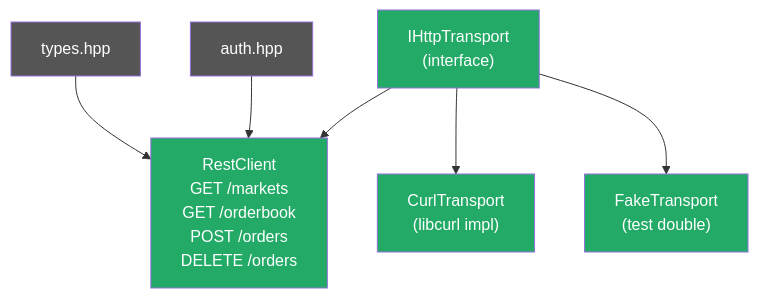
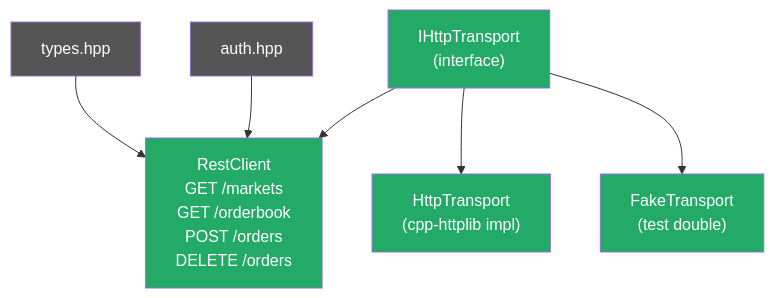
One commit to jfreun123/kalshi-market-maker changed the fourth of 12 diagrams in PLAN.md. Above: the diagram before and after it, drawn with Mermaid. The commit also changed other lines of this file and 11 other files, not shown here.

````diff
--- a/PLAN.md
+++ b/PLAN.md
@@ -170,22 +170,22 @@
 ```mermaid
 graph TD
     T["types.hpp"]
     AUTH["auth.hpp"]
     IHTTP["IHttpTransport\n(interface)"]
-    CURL["CurlTransport\n(libcurl impl)"]
+    CURL["HttpTransport\n(cpp-httplib impl)"]
     FAKE["FakeTransport\n(test double)"]
     RC["RestClient\nGET /markets\nGET /orderbook\nPOST /orders\nDELETE /orders"]
 
     T --> RC
     AUTH --> RC
     IHTTP --> RC
     IHTTP --> CURL
     IHTTP --> FAKE
 
     style T fill:#555,color:#fff
     style AUTH fill:#555,color:#fff
     style RC fill:#2a6,color:#fff
     style IHTTP fill:#2a6,color:#fff
     style CURL fill:#2a6,color:#fff
     style FAKE fill:#2a6,color:#fff
 ```
````
